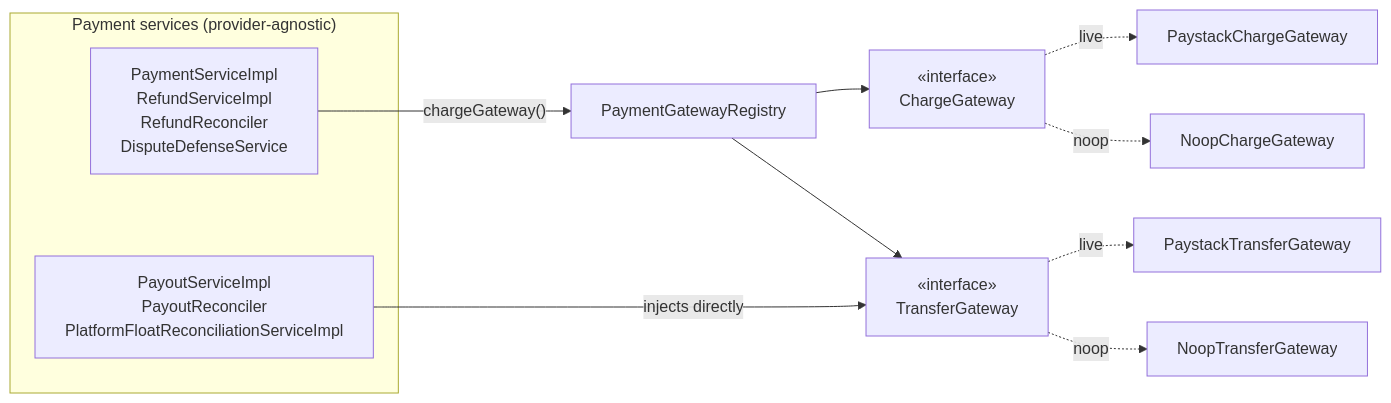
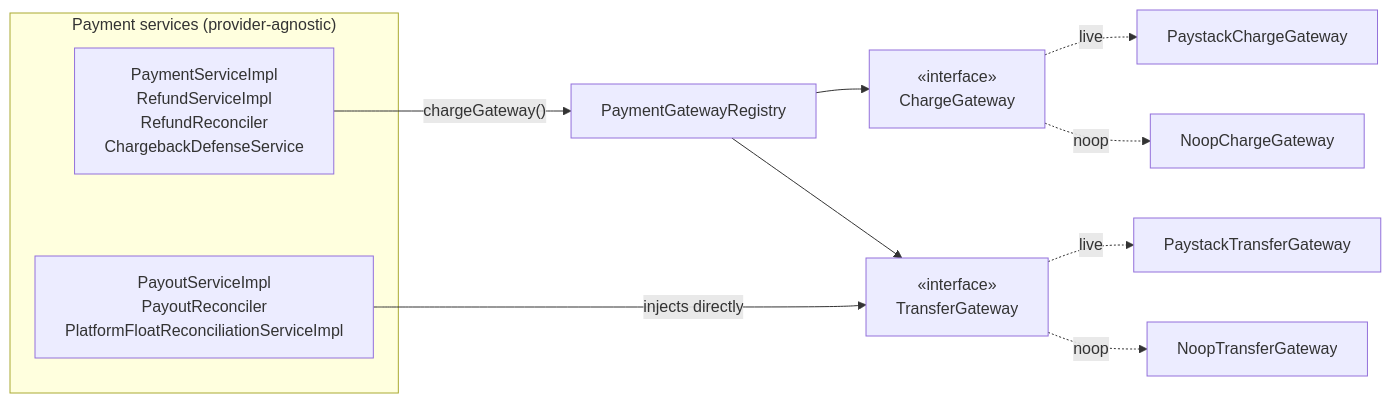
The first of 6 diagrams in docs/payments/gateway-and-webhooks.md (cropdoor/cropdoor-almanac), drawn with Mermaid before and after one commit. The commit also changed other lines of this file and 5 other files, not shown here.

First line of the commit message:
docs(payments): align chargeback-defense identifiers with the PR #155 rename

````diff
--- a/docs/payments/gateway-and-webhooks.md
+++ b/docs/payments/gateway-and-webhooks.md
@@ -26,18 +26,18 @@
 ```mermaid
 flowchart LR
     subgraph services["Payment services (provider-agnostic)"]
-        chargeSide["PaymentServiceImpl<br/>RefundServiceImpl<br/>RefundReconciler<br/>DisputeDefenseService"]
+        chargeSide["PaymentServiceImpl<br/>RefundServiceImpl<br/>RefundReconciler<br/>ChargebackDefenseService"]
         transferSide["PayoutServiceImpl<br/>PayoutReconciler<br/>PlatformFloatReconciliationServiceImpl"]
     end
     registry["PaymentGatewayRegistry"]
     chargePort["«interface»<br/>ChargeGateway"]
     transferPort["«interface»<br/>TransferGateway"]
     chargeSide -->|"chargeGateway()"| registry
     registry --> chargePort
     transferSide -->|injects directly| transferPort
     registry --> transferPort
     chargePort -. live .-> paystackCharge["PaystackChargeGateway"]
     chargePort -. noop .-> noopCharge["NoopChargeGateway"]
     transferPort -. live .-> paystackTransfer["PaystackTransferGateway"]
     transferPort -. noop .-> noopTransfer["NoopTransferGateway"]
 ```
````
